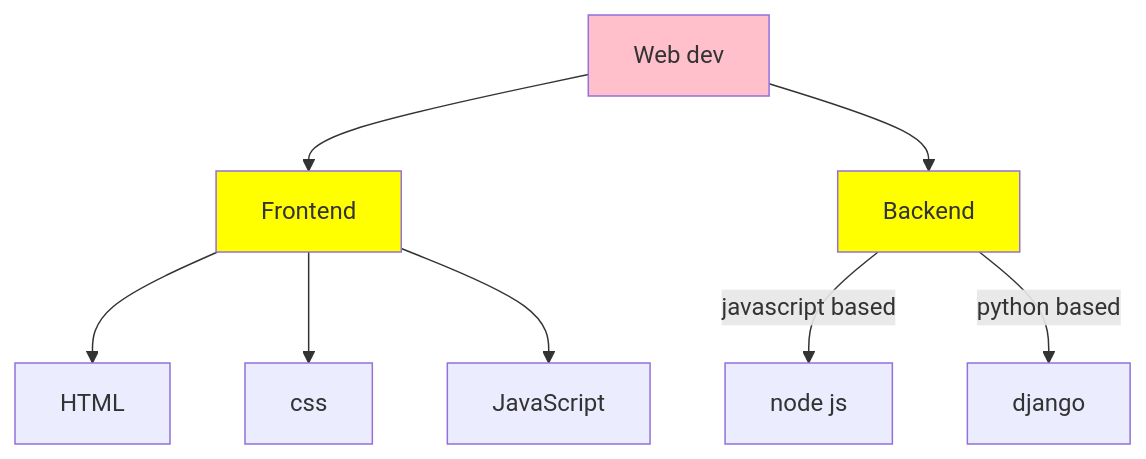
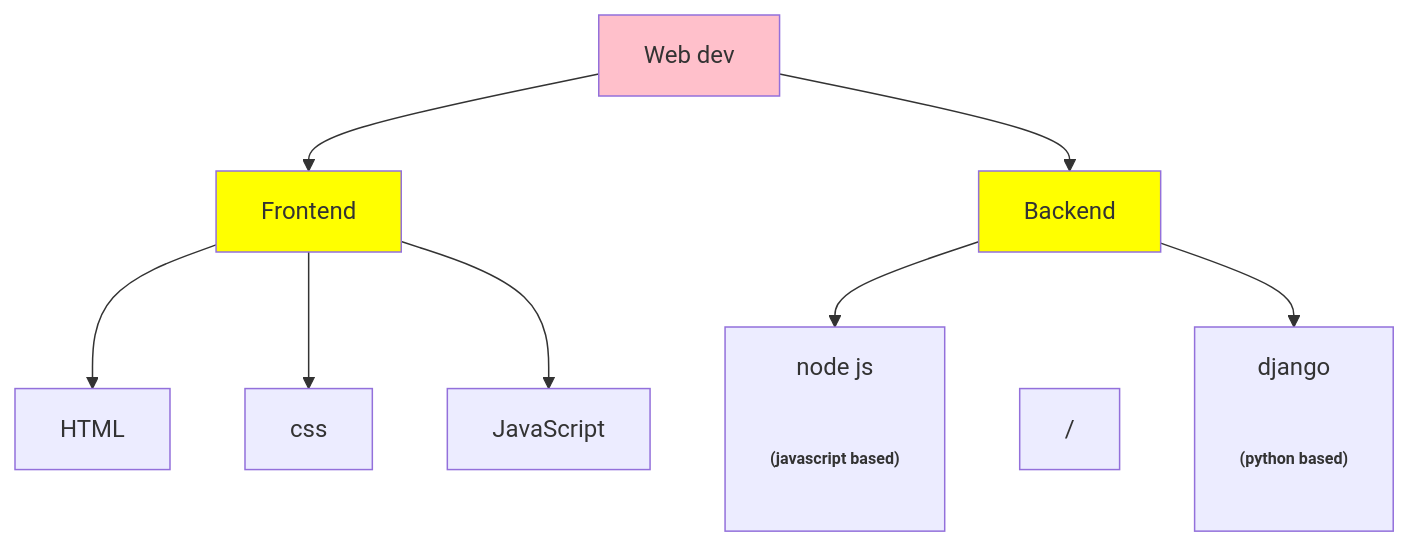
One commit to soumalya-mondal99/Roadmaps-basics changed the second of 2 diagrams in README.md. Above: the diagram before and after it, drawn with Mermaid.

````diff
--- a/README.md
+++ b/README.md
@@ -15,13 +15,14 @@
 ```mermaid
 flowchart TD;
   W1[Web dev]-->W2[Frontend];
   W1[Web dev]-->W3[Backend];
   W2-->HTML;
   W2-->css;
   W2-->JavaScript;
-  W3--javascript based-->W4[node js];
-  W3--python based-->W5[django];
+  W3-->W4["node js\n <h6><br>(javascript based)"];
+  W3~~~/
+  W3-->W5["django\n <h6><br>(python based)"];
   style W1 fill:pink;
   style W2 fill:yellow; style W3 fill:yellow;
   
 ```
````
